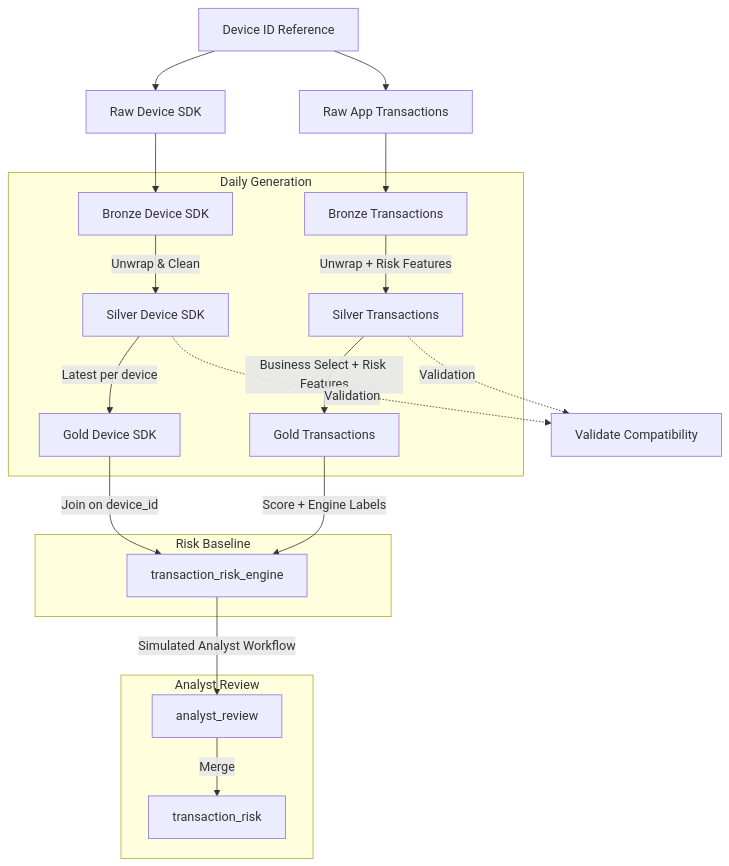
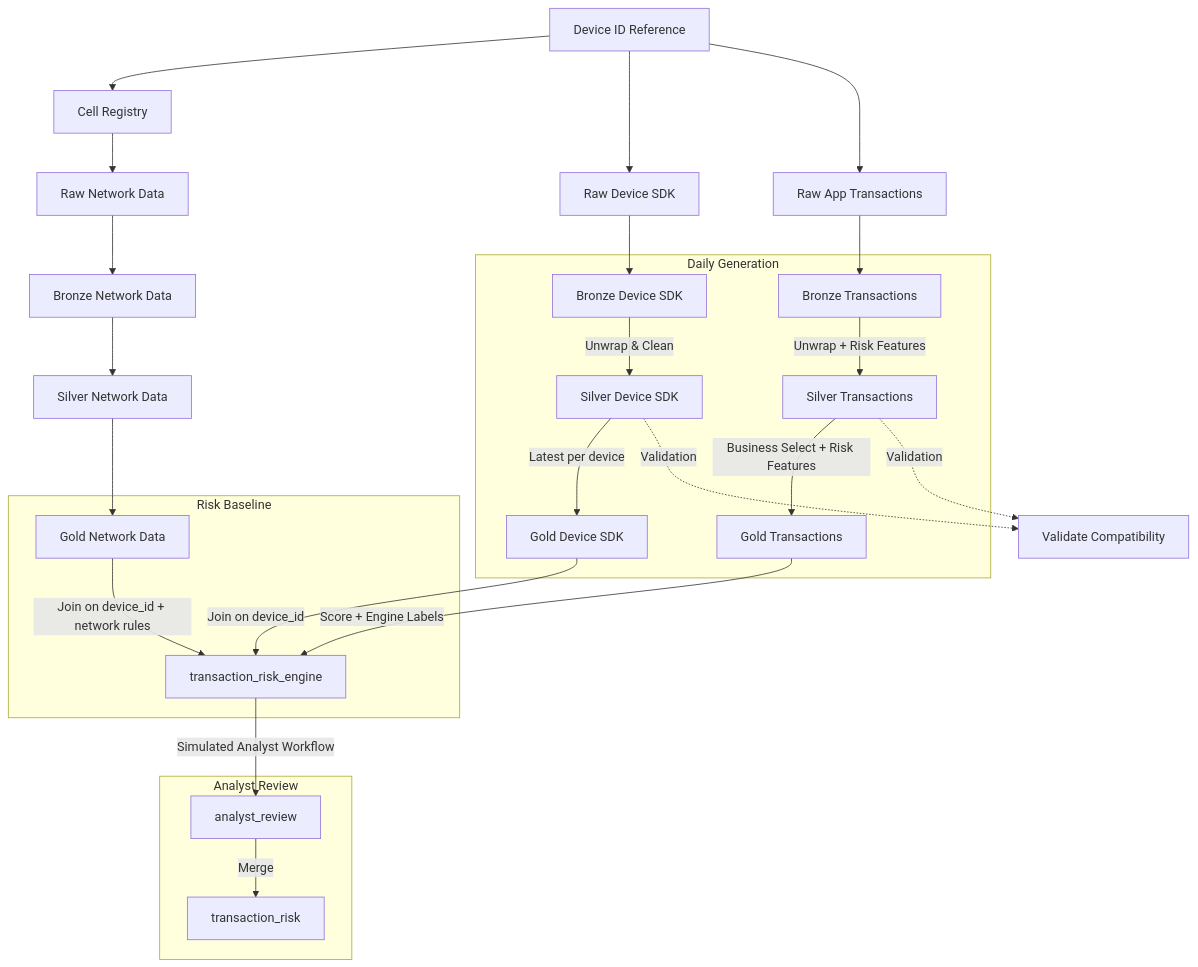
The diagram in docs/PIPELINE_DETAILS.md (databricks-industry-solutions/fraud_prevention_in_telco), drawn with Mermaid before and after one commit. The commit also changed other lines of this file, not shown here.

````diff
--- a/docs/PIPELINE_DETAILS.md
+++ b/docs/PIPELINE_DETAILS.md
@@ -19,27 +19,33 @@
 ```mermaid
 graph TD
-    IDREF[Device ID Reference] --> D_RAW[Raw Device SDK]
+    IDREF[Device ID Reference] --> CELL[Cell Registry]
+    IDREF --> D_RAW[Raw Device SDK]
     IDREF --> T_RAW[Raw App Transactions]
+    CELL --> N_RAW[Raw Network Data]
+    N_RAW --> N_BRONZE[Bronze Network Data]
+    N_BRONZE --> N_SILVER[Silver Network Data]
+    N_SILVER --> N_GOLD[Gold Network Data]
     D_RAW --> D_BRONZE[Bronze Device SDK]
     T_RAW --> T_BRONZE[Bronze Transactions]
 
     subgraph "Daily Generation"
         D_BRONZE -->|Unwrap & Clean| D_SILVER[Silver Device SDK]
         D_SILVER -->|Latest per device| D_GOLD[Gold Device SDK]
         T_BRONZE -->|Unwrap + Risk Features| T_SILVER[Silver Transactions]
         T_SILVER -->|Business Select + Risk Features| T_GOLD[Gold Transactions]
     end
 
     subgraph "Risk Baseline"
         T_GOLD -->|Score + Engine Labels| RISK_ENGINE[transaction_risk_engine]
         D_GOLD -->|Join on device_id| RISK_ENGINE
+        N_GOLD -->|Join on device_id + network rules| RISK_ENGINE
     end
 
     subgraph "Analyst Review"
         RISK_ENGINE -->|Simulated Analyst Workflow| ANALYST[analyst_review]
         ANALYST -->|Merge| TRISK[transaction_risk]
     end
 
     D_SILVER -.->|Validation| VALIDATE[Validate Compatibility]
     T_SILVER -.->|Validation| VALIDATE
 ```
````
